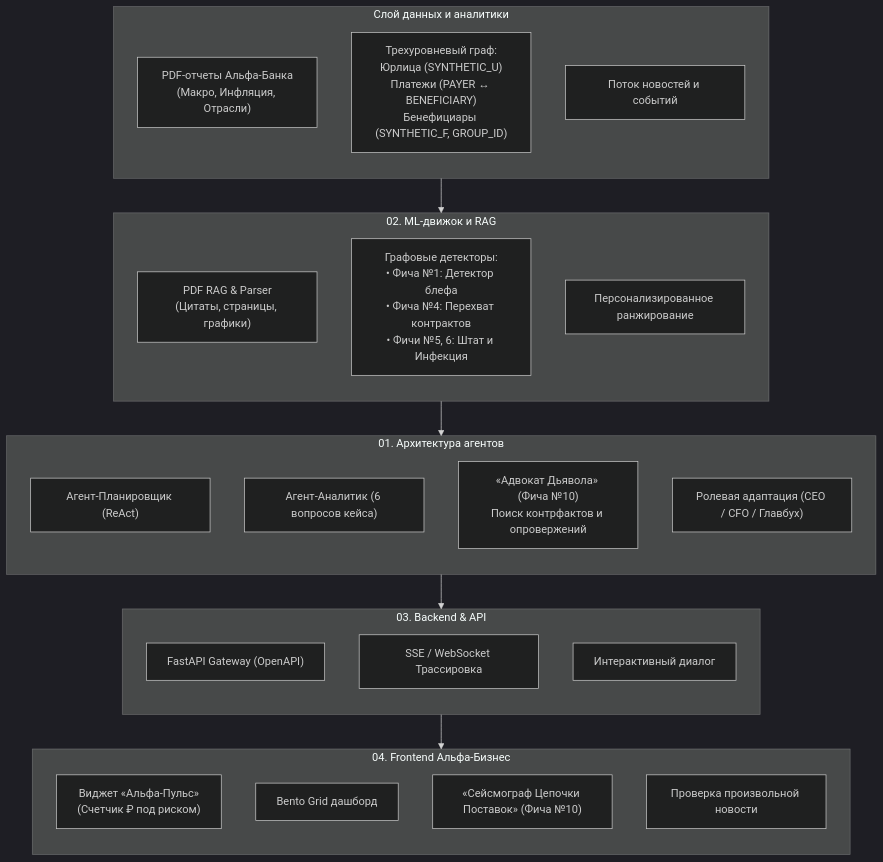
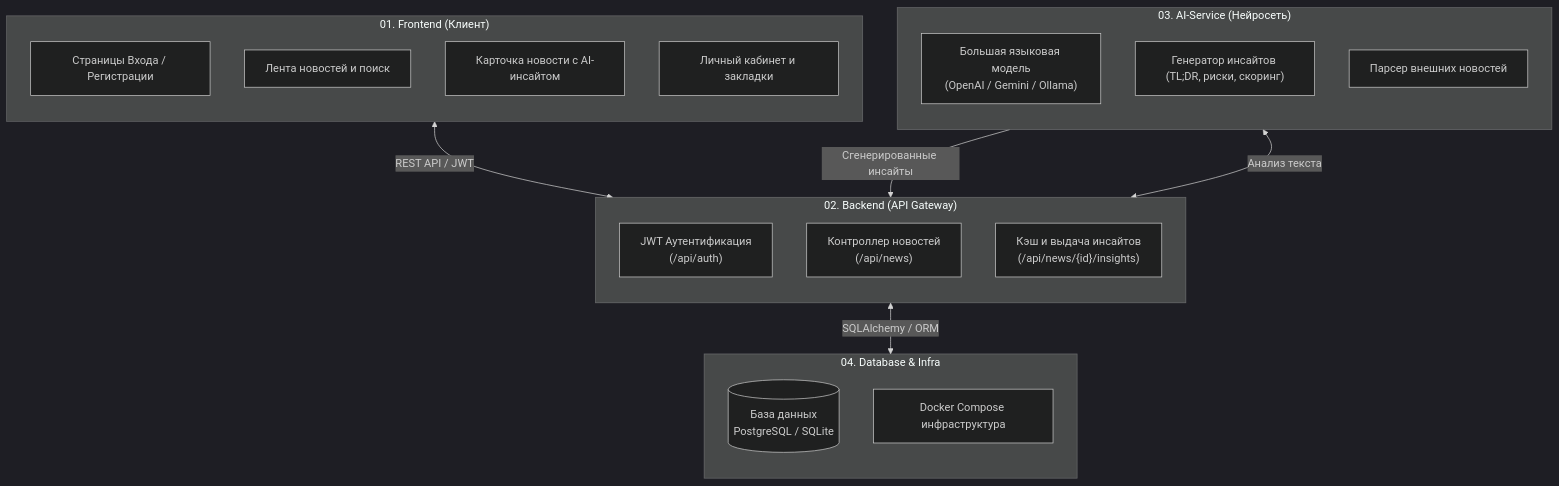
One commit to bboymonster/Alfa_Hack changed the diagram in README.md. Above: the diagram before and after it, drawn with Mermaid (dark theme). The commit also changed other lines of this file and 13 other files, not shown here.

Commit message:
refactor: update project structure to news portal with AI insights and auth

````diff
--- a/README.md
+++ b/README.md
@@ -11,44 +11,35 @@
 ```mermaid
 flowchart TD
-    subgraph DataLayer ["Слой данных и аналитики"]
+    subgraph Client ["01. Frontend (Клиент)"]
         direction TB
-        Reports["PDF-отчеты Альфа-Банка<br/>(Макро, Инфляция, Отрасли)"]
-        GraphDB["Трехуровневый граф:<br/>Юрлица (SYNTHETIC_U)<br/>Платежи (PAYER ↔ BENEFICIARY)<br/>Бенефициары (SYNTHETIC_F, GROUP_ID)"]
-        NewsStream["Поток новостей и событий"]
+        AuthUI["Страницы Входа / Регистрации"]
+        FeedUI["Лента новостей и поиск"]
+        InsightUI["Карточка новости с AI-инсайтом"]
+        FavoritesUI["Личный кабинет и закладки"]
     end
 
-    subgraph MLEngine ["02. ML-движок и RAG"]
+    subgraph Server ["02. Backend (API Gateway)"]
         direction TB
-        RAG["PDF RAG & Parser<br/>(Цитаты, страницы, графики)"]
-        GraphAlgorithms["Графовые детекторы:<br/>• Фича №1: Детектор блефа<br/>• Фича №4: Перехват контрактов<br/>• Фичи №5, 6: Штат и Инфекция"]
-        Ranking["Персонализированное ранжирование"]
+        AuthService["JWT Аутентификация<br/>(/api/auth)"]
+        NewsService["Контроллер новостей<br/>(/api/news)"]
+        InsightsController["Кэш и выдача инсайтов<br/>(/api/news/{id}/insights)"]
     end
 
-    subgraph AgentCore ["01. Архитектура агентов"]
+    subgraph AI ["03. AI-Service (Нейросеть)"]
         direction TB
-        Planner["Агент-Планировщик (ReAct)"]
-        Specialist["Агент-Аналитик (6 вопросов кейса)"]
-        DevilsAdvocate["«Адвокат Дьявола» (Фича №10)<br/>Поиск контрфактов и опровержений"]
-        RoleAdapter["Ролевая адаптация (CEO / CFO / Главбух)"]
+        LLM["Большая языковая модель<br/>(OpenAI / Gemini / Ollama)"]
+        PromptEngine["Генератор инсайтов (TL;DR, риски, скоринг)"]
+        NewsIngest["Парсер внешних новостей"]
     end
 
-    subgraph GatewayLayer ["03. Backend & API"]
+    subgraph Storage ["04. Database & Infra"]
         direction TB
-        API["FastAPI Gateway (OpenAPI)"]
-        Streaming["SSE / WebSocket Трассировка"]
-        Chat["Интерактивный диалог"]
+        DB[(База данных<br/>PostgreSQL / SQLite)]
+        Docker["Docker Compose инфраструктура"]
     end
 
-    subgraph UILayer ["04. Frontend Альфа-Бизнес"]
-        direction TB
-        Widget["Виджет «Альфа-Пульс»<br/>(Счетчик ₽ под риском)"]
-        BentoGrid["Bento Grid дашборд"]
-        Seismograph["«Сейсмограф Цепочки Поставок» (Фича №10)"]
-        LiveInput["Проверка произвольной новости"]
-    end
-
-    DataLayer --> MLEngine
-    MLEngine --> AgentCore
-    AgentCore --> GatewayLayer
-    GatewayLayer --> UILayer
+    Client <-->|REST API / JWT| Server
+    Server <-->|SQLAlchemy / ORM| DB
+    Server <-->|Анализ текста| AI
+    AI -->|Сгенерированные инсайты| Server
 ```
````
